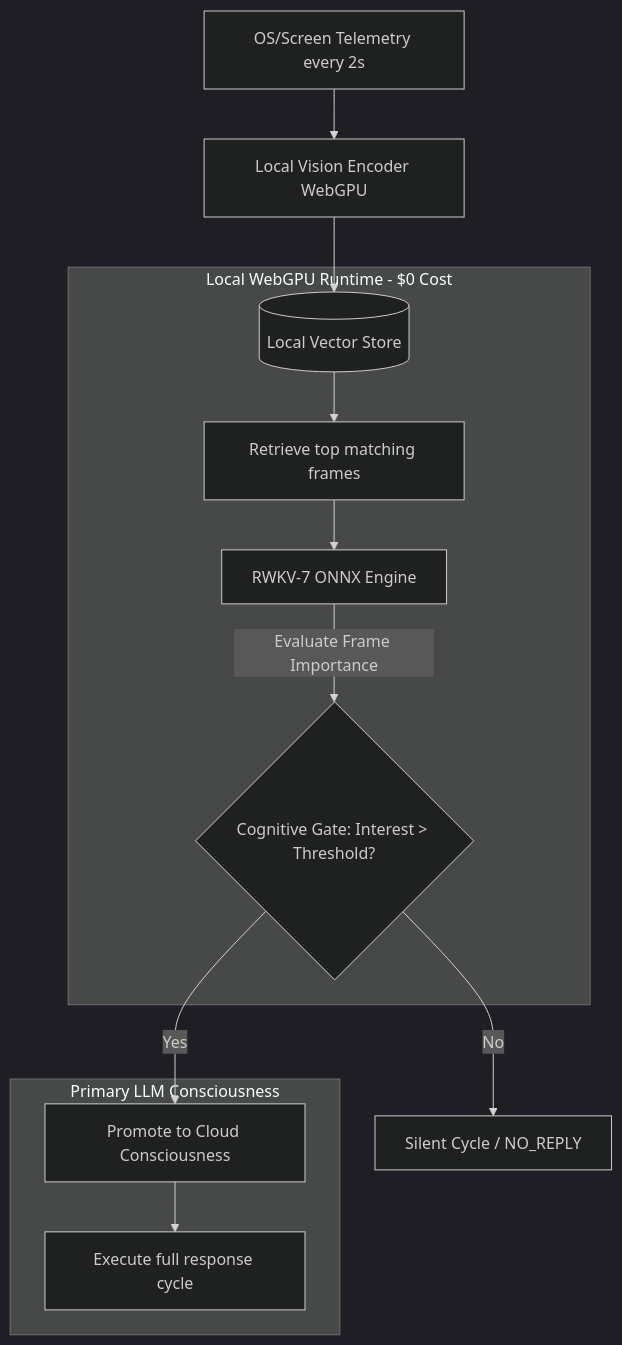
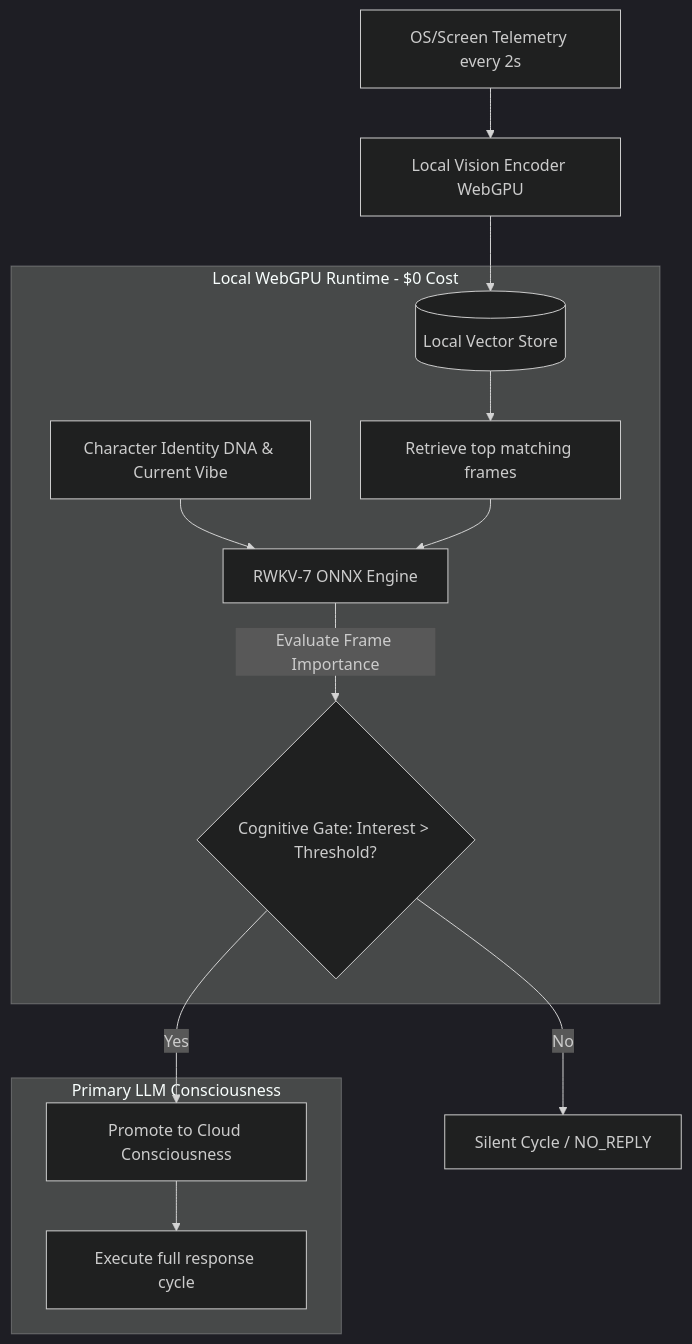
The diagram in docs/proposal-attention-ecology-local-webgpu-guard.md (gg582/airi), drawn with Mermaid (dark theme) before and after one commit. The commit also changed other lines of this file, not shown here.

````diff
--- a/docs/proposal-attention-ecology-local-webgpu-guard.md
+++ b/docs/proposal-attention-ecology-local-webgpu-guard.md
@@ -52,18 +52,19 @@
 ```mermaid
 flowchart TD
     A[OS/Screen Telemetry every 2s] --> B[Local Vision Encoder WebGPU]
     B --> C[(Local Vector Store)]
 
     subgraph Local Tier [Local WebGPU Runtime - $0 Cost]
         C --> D[Retrieve top matching frames]
-        D --> E[RWKV-7 ONNX Engine]
+        E1[Character Identity DNA & Current Vibe] --> E[RWKV-7 ONNX Engine]
+        D --> E
         E -->|Evaluate Frame Importance| F{Cognitive Gate: Interest > Threshold?}
     end
 
     F -->|No| G[Silent Cycle / NO_REPLY]
     F -->|Yes| H[Promote to Cloud Consciousness]
 
     subgraph Cloud Tier [Primary LLM Consciousness]
         H --> I[Execute full response cycle]
     end
 ```
````
